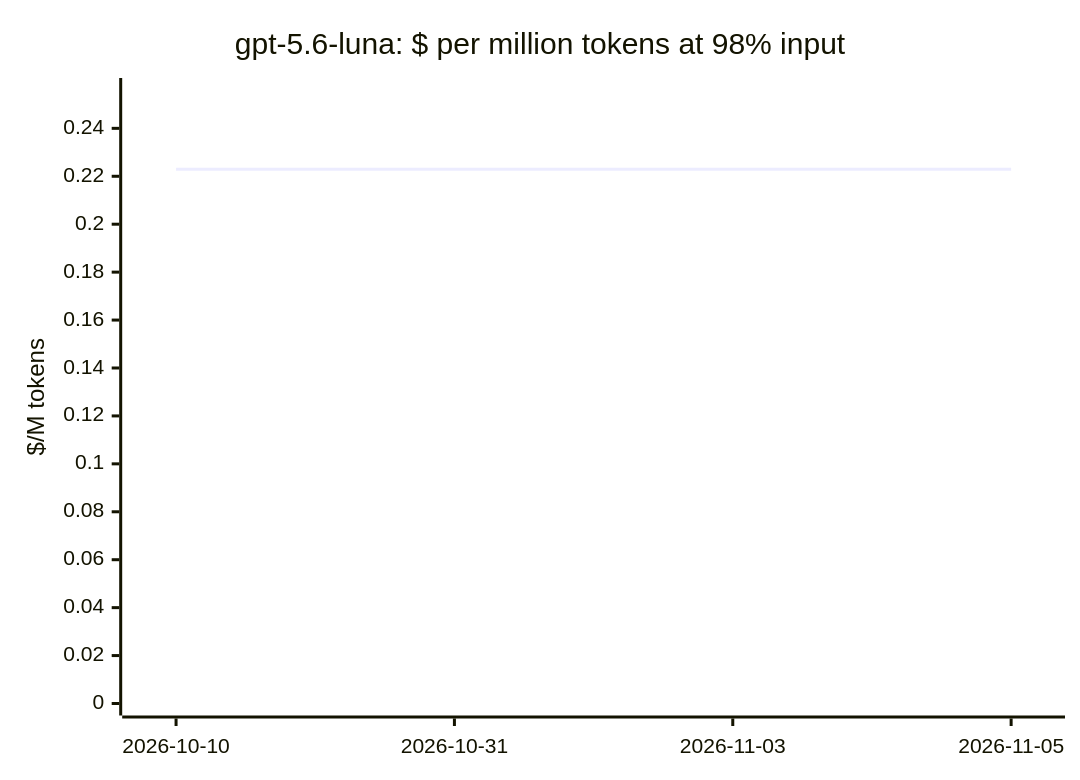
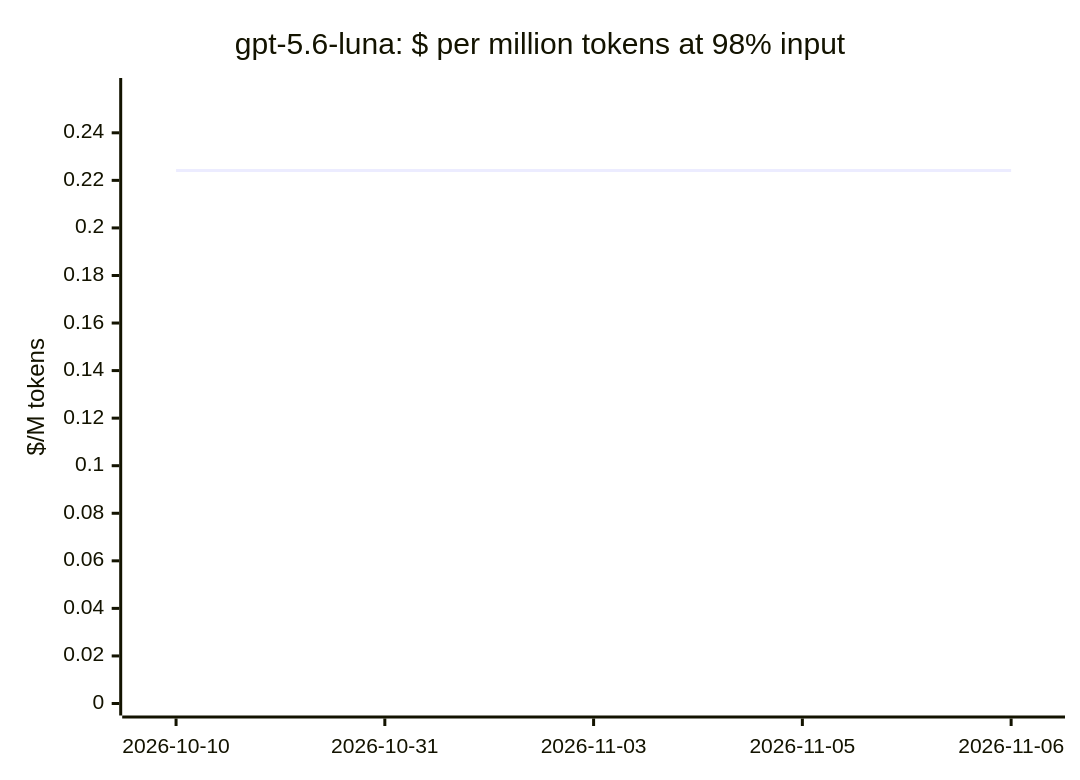
One commit to cklukas/OMEGA_TRANSFORM changed diagram 13 of 20 in docs/openrouter-models.md. Above: the diagram before and after it, drawn with Mermaid. The commit also changed other lines of this file and 103 other files, not shown here.

````diff
--- a/docs/openrouter-models.md
+++ b/docs/openrouter-models.md
@@ -251,7 +250,7 @@
 ```mermaid
 xychart-beta
     title "gpt-5.6-luna: $ per million tokens at 98% input"
-    x-axis ["2026-10-10", "2026-10-31", "2026-11-03", "2026-11-05"]
-    y-axis "$/M tokens" 0 --> 0.256
-    line [0.2229, 0.2229, 0.2229, 0.2229]
+    x-axis ["2026-10-10", "2026-10-31", "2026-11-03", "2026-11-05", "2026-11-06"]
+    y-axis "$/M tokens" 0 --> 0.258
+    line [0.2241, 0.2241, 0.2241, 0.2241, 0.2241]
 ```
````
